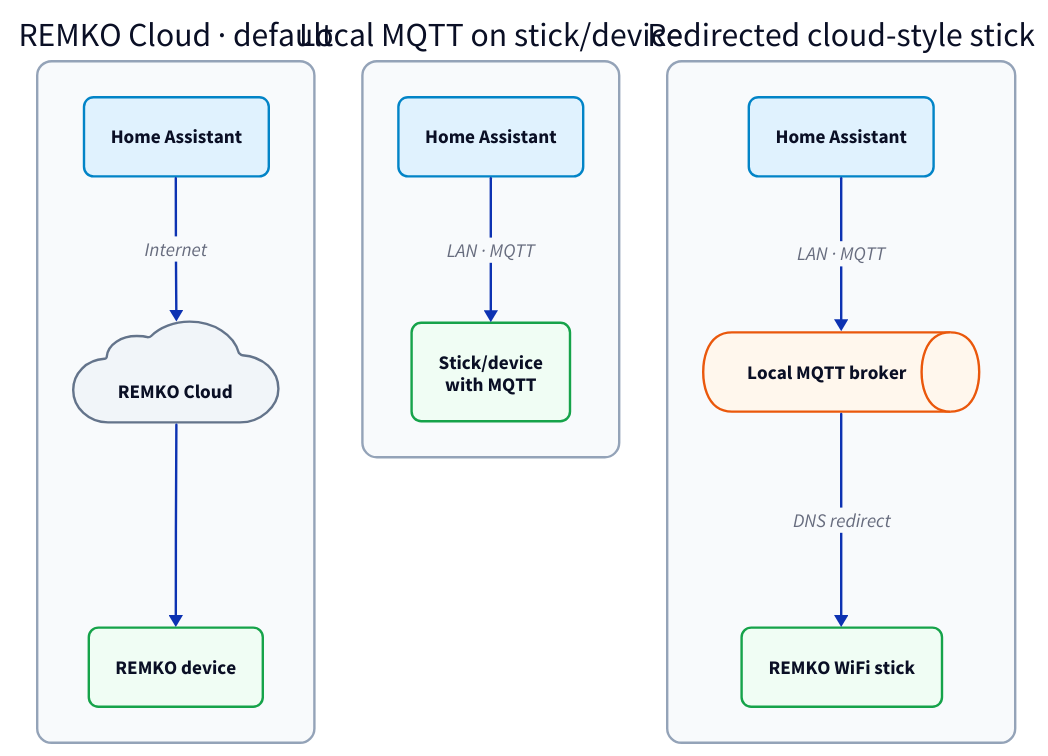
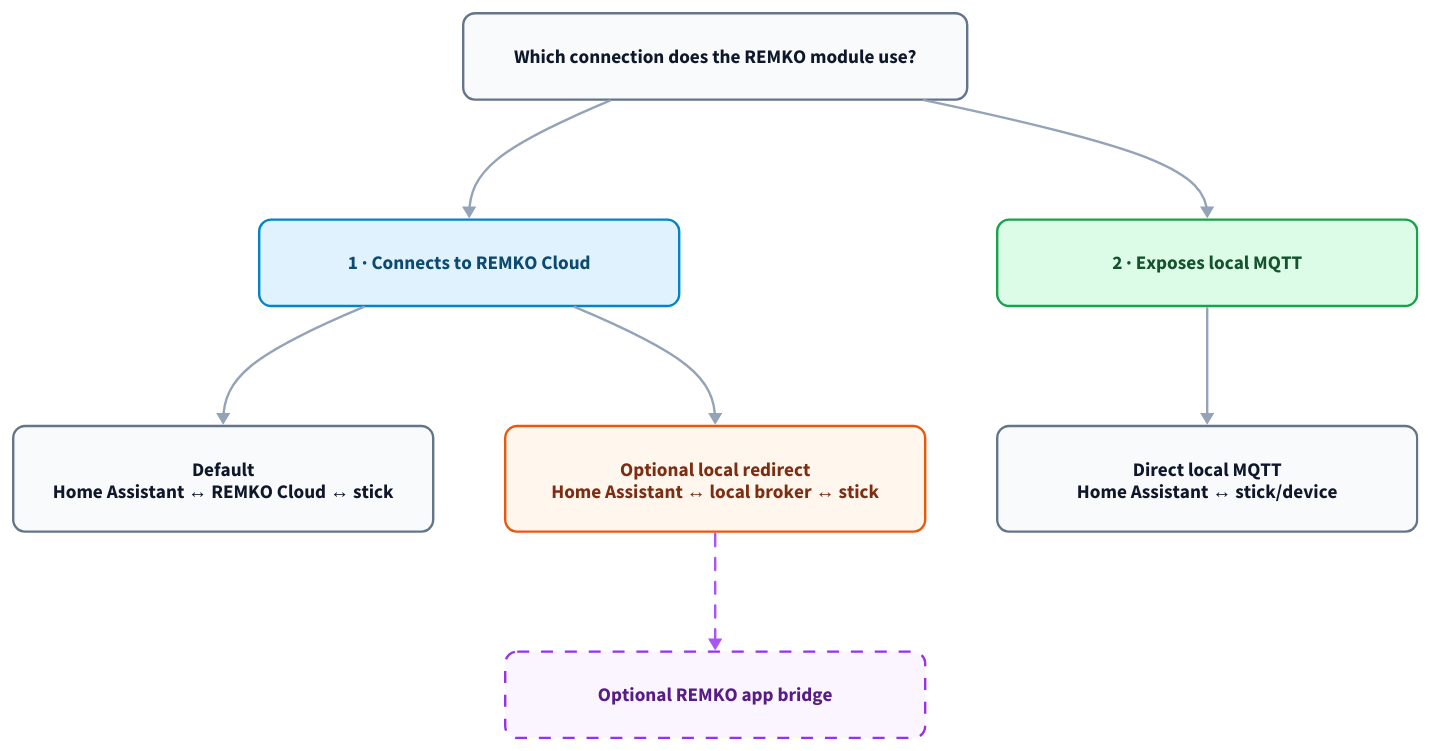
Before and after one commit to Christoph-87/remko-smartweb-ha: the diagram in docs/diagrams/connection-options.d2, drawn with D2. The commit also changed 2 other files, not shown here.

Commit message:
docs: clarify connection option hierarchy

```diff
--- a/docs/diagrams/connection-options.d2
+++ b/docs/diagrams/connection-options.d2
@@ -1,82 +1,94 @@
+# After Kroki rendering, remove D2's full-canvas background rectangle so the
+# committed SVG remains transparent in GitHub light and dark modes.
 direction: down
 
-cloud: {
-  label: "REMKO Cloud · default"
-  direction: right
+question: "Which connection does the REMKO module use?" {
+  shape: rectangle
+  width: 420
+  height: 72
   style.fill: "#f8fafc"
-  style.stroke: "#94a3b8"
-  style.border-radius: 12
-
-  ha: "Home Assistant" {
-    shape: rectangle
-    style.fill: "#e0f2fe"
-    style.stroke: "#0284c7"
-    style.border-radius: 8
-  }
-  service: "REMKO Cloud" {
-    shape: cloud
-    style.fill: "#f1f5f9"
-    style.stroke: "#64748b"
-  }
-  device: "REMKO device" {
-    shape: rectangle
-    style.fill: "#f0fdf4"
-    style.stroke: "#16a34a"
-    style.border-radius: 8
-  }
-
-  ha -> service: "Internet"
-  service -> device
+  style.stroke: "#64748b"
+  style.font-color: "#0f172a"
+  style.border-radius: 10
 }
 
-direct: {
-  label: "Local MQTT on stick/device"
-  direction: right
-  style.fill: "#f8fafc"
-  style.stroke: "#94a3b8"
-  style.border-radius: 12
-
-  ha: "Home Assistant" {
-    shape: rectangle
-    style.fill: "#e0f2fe"
-    style.stroke: "#0284c7"
-    style.border-radius: 8
-  }
-  device: "Stick/device\nwith MQTT" {
-    shape: rectangle
-    style.fill: "#f0fdf4"
-    style.stroke: "#16a34a"
-    style.border-radius: 8
-  }
-
-  ha -> device: "LAN · MQTT"
+cloud_case: "1 · Connects to REMKO Cloud" {
+  shape: rectangle
+  width: 350
+  height: 72
+  style.fill: "#e0f2fe"
+  style.stroke: "#0284c7"
+  style.font-color: "#0c4a6e"
+  style.border-radius: 10
 }
 
-redirected: {
-  label: "Redirected cloud-style stick"
-  direction: right
+local_case: "2 · Exposes local MQTT" {
+  shape: rectangle
+  width: 350
+  height: 72
+  style.fill: "#dcfce7"
+  style.stroke: "#16a34a"
+  style.font-color: "#14532d"
+  style.border-radius: 10
+}
+
+cloud_default: "Default\nHome Assistant ↔ REMKO Cloud ↔ stick" {
+  shape: rectangle
+  width: 350
+  height: 88
   style.fill: "#f8fafc"
+  style.stroke: "#64748b"
+  style.font-color: "#0f172a"
+  style.border-radius: 10
+}
+
+cloud_redirect: "Optional local redirect\nHome Assistant ↔ local broker ↔ stick" {
+  shape: rectangle
+  width: 350
+  height: 88
+  style.fill: "#fff7ed"
+  style.stroke: "#ea580c"
+  style.font-color: "#7c2d12"
+  style.border-radius: 10
+}
+
+app_bridge: "Optional REMKO app bridge" {
+  shape: rectangle
+  width: 350
+  height: 72
+  style.fill: "#faf5ff"
+  style.stroke: "#9333ea"
+  style.font-color: "#581c87"
+  style.stroke-dash: 5
+  style.border-radius: 10
+}
+
+direct_local: "Direct local MQTT\nHome Assistant ↔ stick/device" {
+  shape: rectangle
+  width: 350
+  height: 88
+  style.fill: "#f8fafc"
+  style.stroke: "#64748b"
+  style.font-color: "#0f172a"
+  style.border-radius: 10
+}
+
+question -> cloud_case: {
   style.stroke: "#94a3b8"
-  style.border-radius: 12
-
-  ha: "Home Assistant" {
-    shape: rectangle
-    style.fill: "#e0f2fe"
-    style.stroke: "#0284c7"
-    style.border-radius: 8
-  }
-  broker: "Local MQTT broker" {
-    shape: queue
-    style.fill: "#fff7ed"
-    style.stroke: "#ea580c"
-  }
-  stick: "REMKO WiFi stick" {
-    shape: rectangle
-    style.fill: "#f0fdf4"
-    style.stroke: "#16a34a"
-    style.border-radius: 8
-  }
-
-  ha -> broker: "LAN · MQTT"
-  broker -> stick: "DNS redirect"
 }
+question -> local_case: {
+  style.stroke: "#94a3b8"
+}
+cloud_case -> cloud_default: {
+  style.stroke: "#94a3b8"
+}
+cloud_case -> cloud_redirect: {
+  style.stroke: "#94a3b8"
+}
+cloud_redirect -> app_bridge: {
+  style.stroke: "#a855f7"
+  style.stroke-dash: 5
+}
+local_case -> direct_local: {
+  style.stroke: "#94a3b8"
+}
```
